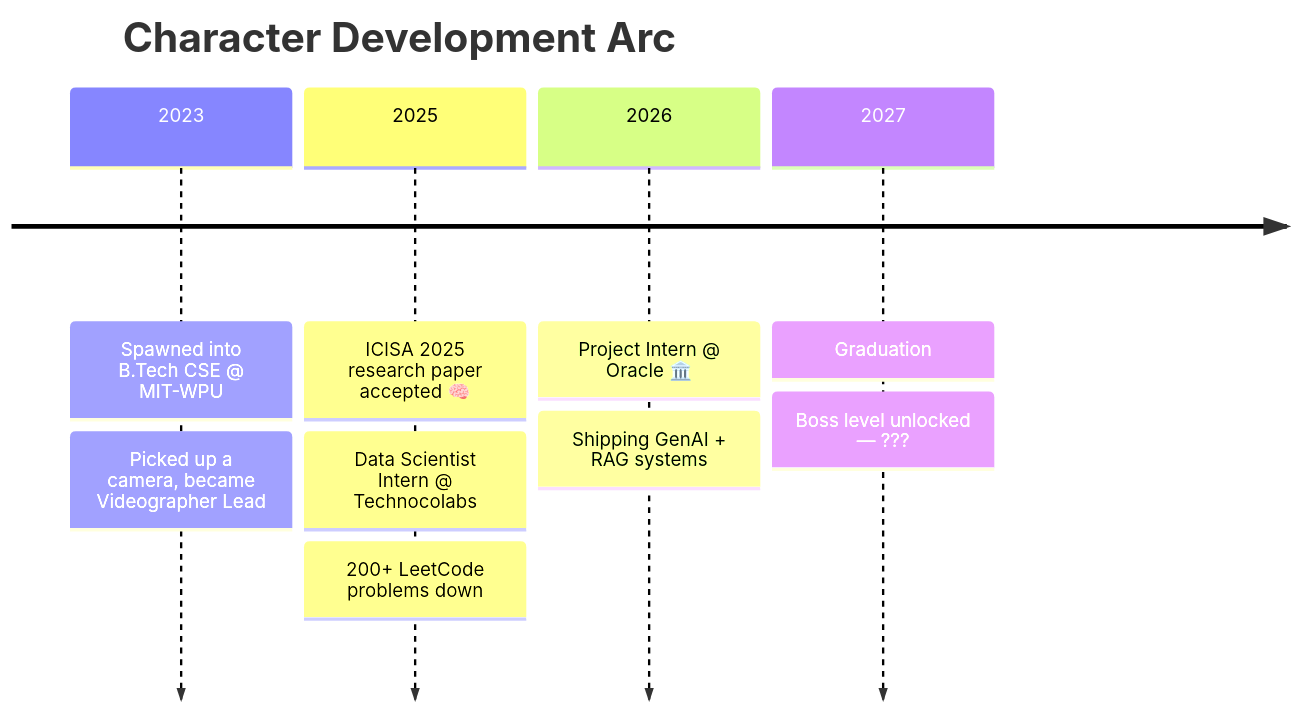
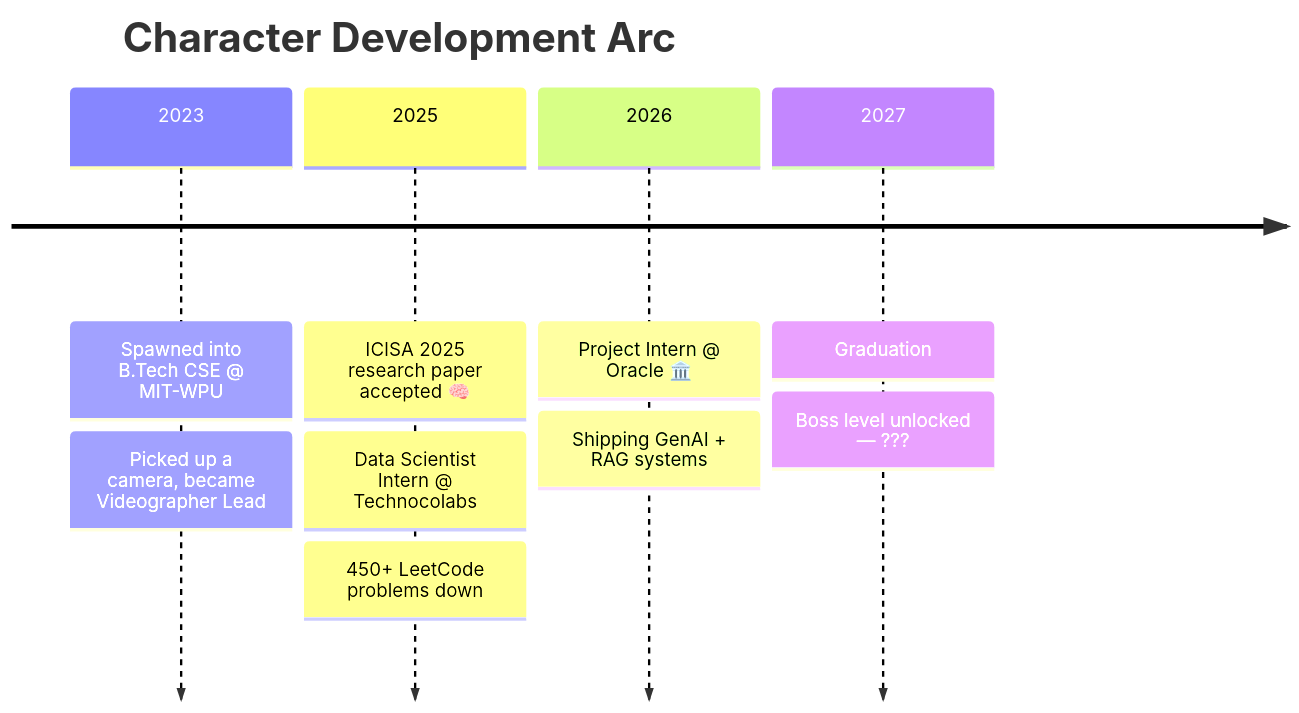
Before and after one commit to ChachanNaman/ChachanNaman: the diagram in ReadMe.md, drawn with Mermaid. The commit also changed other lines of this file, not shown here.

Commit message:
Update LeetCode problems count in ReadMe.md
Updated the number of LeetCode problems solved from 200+ to 450+ in the timeline.

````diff
--- a/ReadMe.md
+++ b/ReadMe.md
@@ -39,8 +39,8 @@
 ```mermaid
 timeline
     title Character Development Arc
     2023 : Spawned into B.Tech CSE @ MIT-WPU : Picked up a camera, became Videographer Lead
-    2025 : ICISA 2025 research paper accepted 🧠 : Data Scientist Intern @ Technocolabs : 200+ LeetCode problems down
+    2025 : ICISA 2025 research paper accepted 🧠 : Data Scientist Intern @ Technocolabs : 450+ LeetCode problems down
     2026 : Project Intern @ Oracle 🏛️ : Shipping GenAI + RAG systems
     2027 : Graduation : Boss level unlocked — ???
 ```
````
